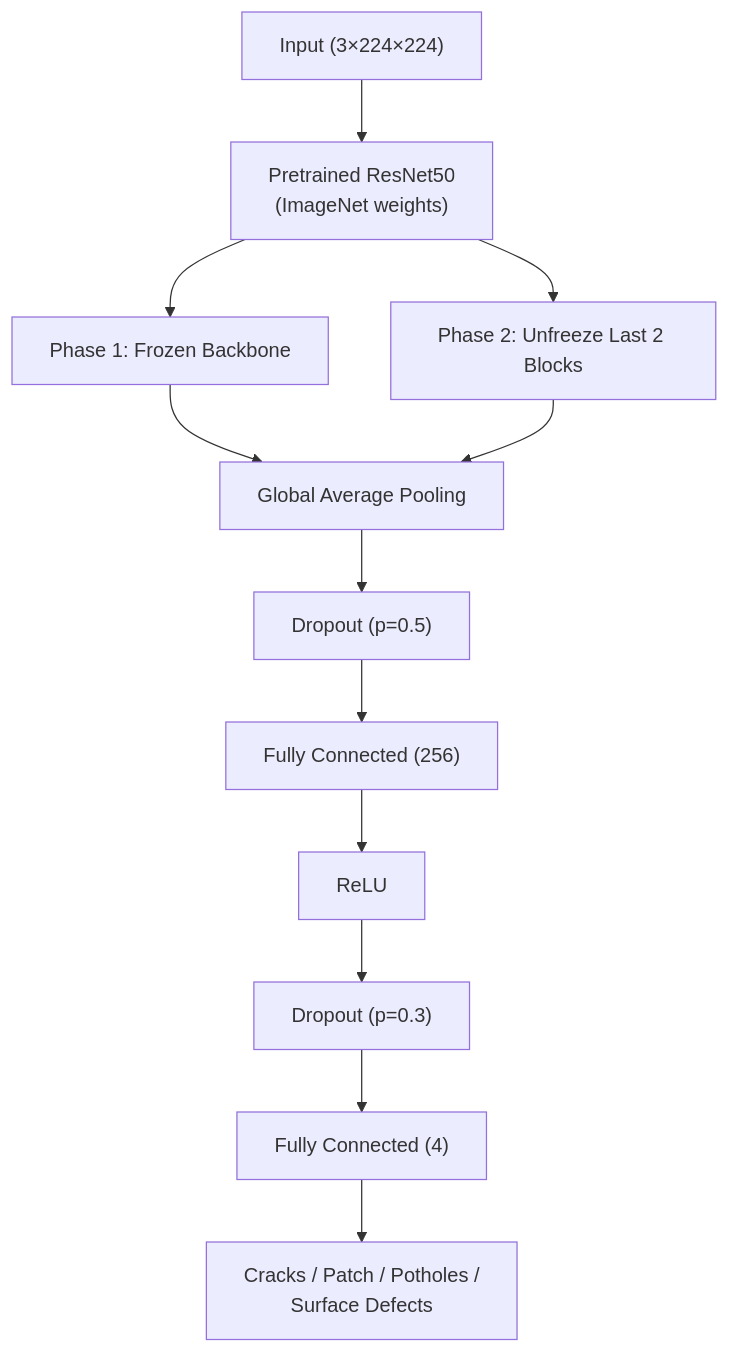
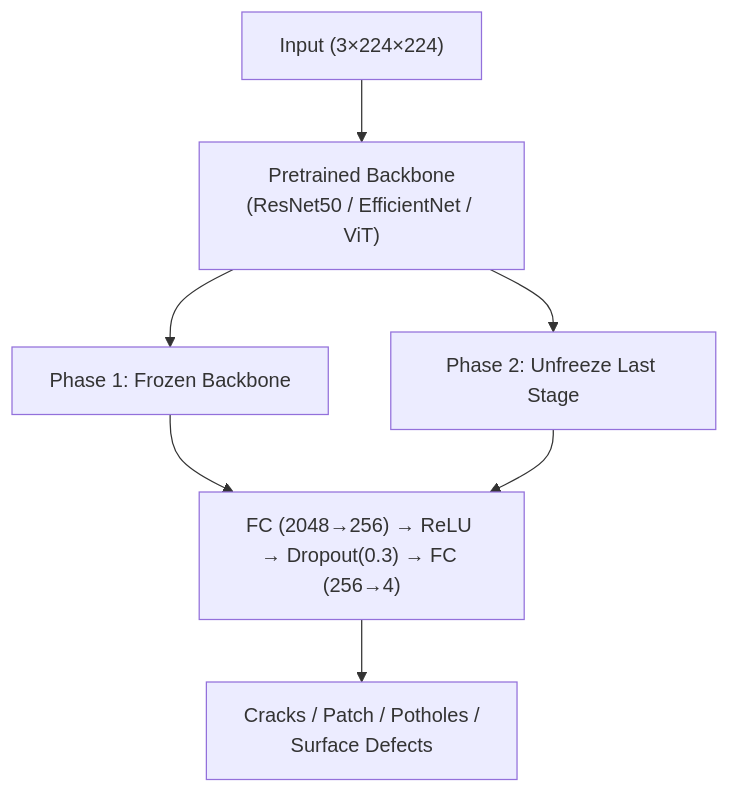
One commit to Arvind-Parsapuram/Surface-Crack-Detection changed the first of 2 diagrams in README.md. Above: the diagram before and after it, drawn with Mermaid. The commit also changed other lines of this file and 4 other files, not shown here.

````diff
--- a/README.md
+++ b/README.md
@@ -50,13 +50,8 @@
 ```mermaid
 graph TB
-    Input["Input (3×224×224)"] --> Backbone["Pretrained ResNet50<br/>(ImageNet weights)"]
+    Input["Input (3×224×224)"] --> Backbone["Pretrained Backbone<br/>(ResNet50 / EfficientNet / ViT)"]
     Backbone --> Frozen["Phase 1: Frozen Backbone"]
-    Backbone --> Finetune["Phase 2: Unfreeze Last 2 Blocks"]
-    Frozen & Finetune --> GAP["Global Average Pooling"]
-    GAP --> Drop1["Dropout (p=0.5)"]
-    Drop1 --> FC1["Fully Connected (256)"]
-    FC1 --> ReLU["ReLU"]
-    ReLU --> Drop2["Dropout (p=0.3)"]
-    Drop2 --> FC2["Fully Connected (4)"]
-    FC2 --> Output["Cracks / Patch / Potholes /<br/>Surface Defects"]
+    Backbone --> Finetune["Phase 2: Unfreeze Last Stage"]
+    Frozen & Finetune --> Head["FC (2048→256) → ReLU → Dropout(0.3) → FC (256→4)"]
+    Head --> Output["Cracks / Patch / Potholes /<br/>Surface Defects"]
 ```
````
